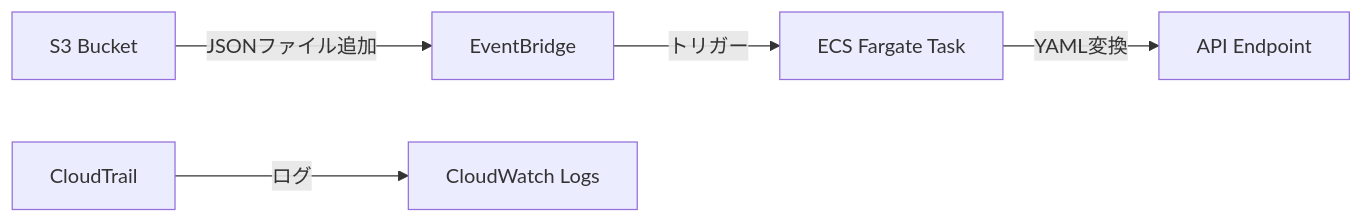
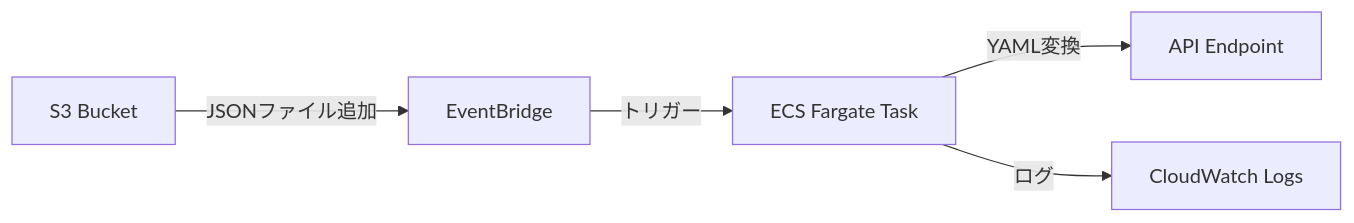
One commit to yamazoon0207/s3-to-api changed the diagram in README.md. Above: the diagram before and after it, drawn with Mermaid. The commit also changed other lines of this file and 2 other files, not shown here.

````diff
--- a/README.md
+++ b/README.md
@@ -7,7 +7,7 @@
 ```mermaid
 graph LR
     S3[S3 Bucket] -->|JSONファイル追加| EventBridge
     EventBridge -->|トリガー| ECS[ECS Fargate Task]
     ECS -->|YAML変換| API[API Endpoint]
-    CloudTrail -->|ログ| CloudWatch[CloudWatch Logs]
+    ECS -->|ログ| CloudWatch[CloudWatch Logs]
 ```
````
